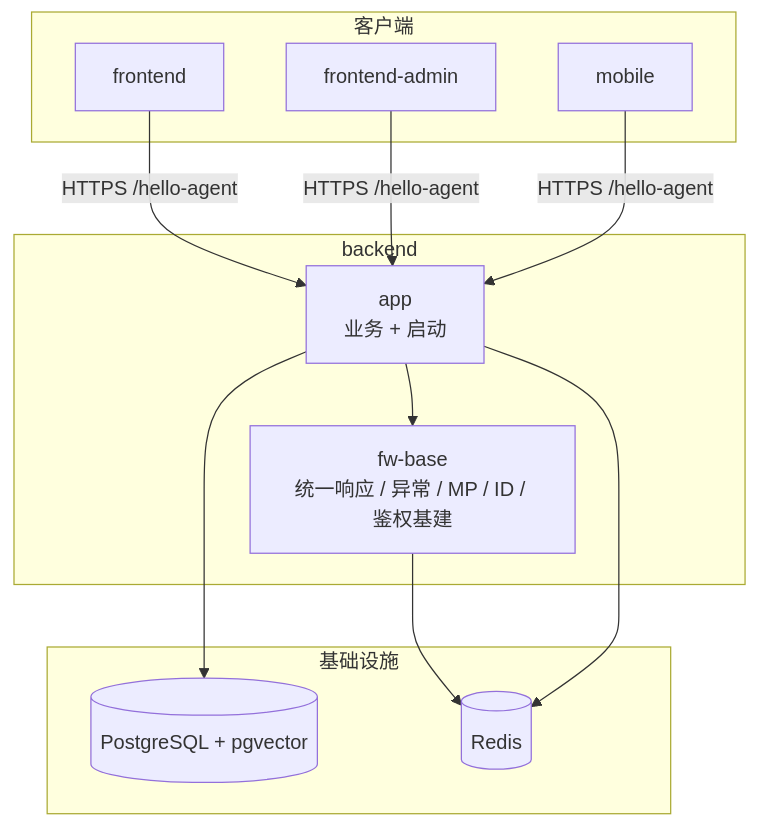
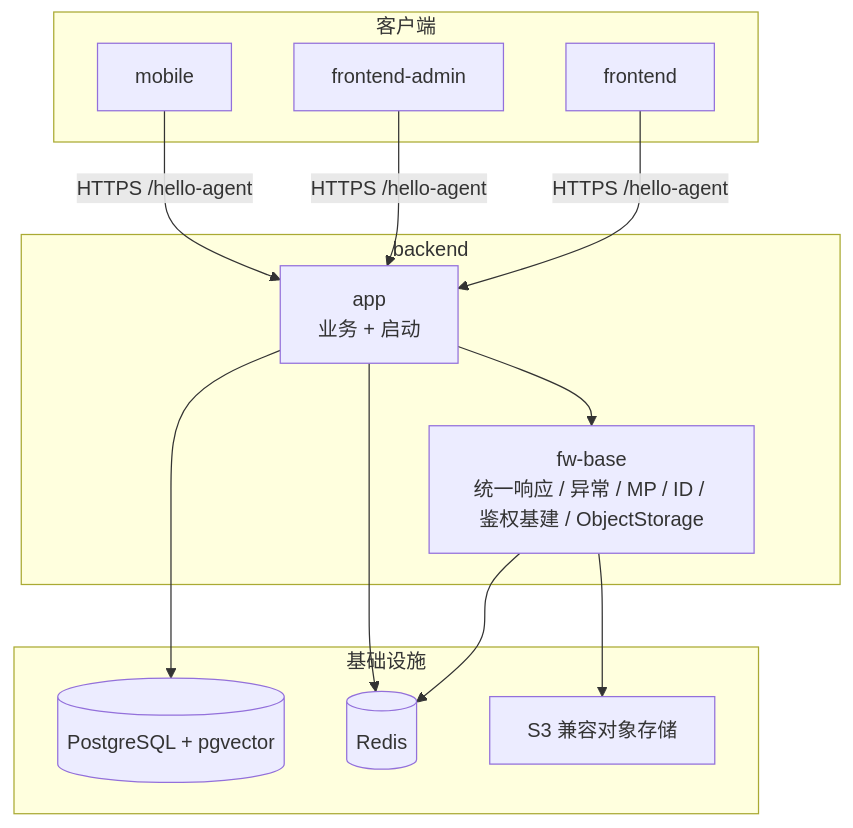
The diagram in docs/backend/工程架构.md (linuxjava/Hello-AgentR), drawn with Mermaid before and after one commit. The commit also changed other lines of this file and 47 other files, not shown here.

````diff
--- a/docs/backend/工程架构.md
+++ b/docs/backend/工程架构.md
@@ -87,24 +87,26 @@
 ```mermaid
 flowchart TB
   subgraph clients["客户端"]
     FE[frontend]
     ADM[frontend-admin]
     MOB[mobile]
   end
 
   subgraph backend["backend"]
     APP[app<br/>业务 + 启动]
-    FW[fw-base<br/>统一响应 / 异常 / MP / ID / 鉴权基建]
+    FW[fw-base<br/>统一响应 / 异常 / MP / ID / 鉴权基建 / ObjectStorage]
   end
 
   subgraph infra["基础设施"]
     PG[(PostgreSQL + pgvector)]
     RD[(Redis)]
+    OBJ[S3 兼容对象存储]
   end
 
   FE & ADM & MOB -->|"HTTPS /hello-agent"| APP
   APP --> FW
   APP --> PG
   FW --> RD
   APP --> RD
+  FW --> OBJ
 ```
````
